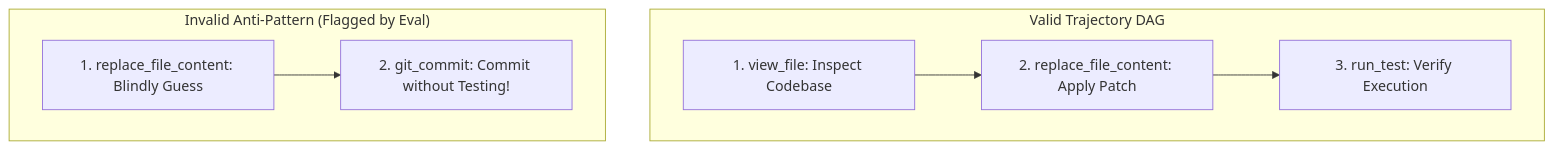
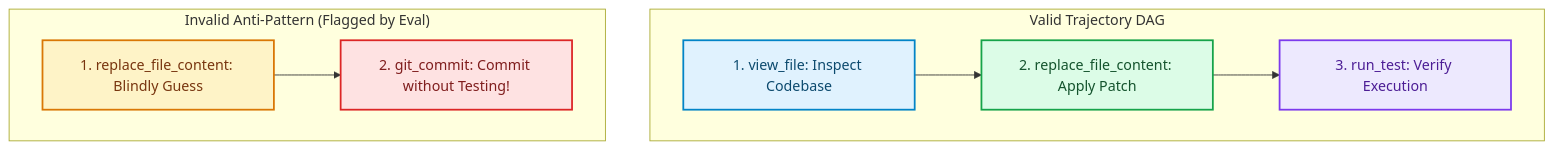
The second of 2 diagrams in blog/posts/agent-evaluation-crisis-ci-cd-evals-llm-as-a-judge.md (akmalkhaniub/akmalkhaniub.github.io), drawn with Mermaid before and after one commit. The commit also changed other lines of this file and 1291 other files, not shown here.

First line of the commit message:
feat(catalog): unique covers, scholarly references, and diagram palettes

````diff
--- a/blog/posts/agent-evaluation-crisis-ci-cd-evals-llm-as-a-judge.md
+++ b/blog/posts/agent-evaluation-crisis-ci-cd-evals-llm-as-a-judge.md
@@ -69,11 +80,22 @@
 ```mermaid
 flowchart TD
   subgraph SG2_ValidTrajectoryDag ["Valid Trajectory DAG"]
-    T1[1. view_file: Inspect Codebase] --> T2[2. replace_file_content: Apply Patch]
-    T2 --> T3[3. run_test: Verify Execution]
+    T1["1. view_file: Inspect Codebase"] --> T2["2. replace_file_content: Apply Patch"]
+    T2 --> T3["3. run_test: Verify Execution"]
   end
   
   subgraph SG3_InvalidAntiPattern ["Invalid Anti-Pattern (Flagged by Eval)"]
-    A1[1. replace_file_content: Blindly Guess] --> A2[2. git_commit: Commit without Testing!]
+    A1["1. replace_file_content: Blindly Guess"] --> A2["2. git_commit: Commit without Testing!"]
   end
+
+classDef green fill:#dcfce7,stroke:#16a34a,stroke-width:2px,color:#14532d;
+classDef red fill:#fee2e2,stroke:#dc2626,stroke-width:2px,color:#7f1d1d;
+classDef blue fill:#e0f2fe,stroke:#0284c7,stroke-width:2px,color:#0c4a6e;
+classDef yellow fill:#fef3c7,stroke:#d97706,stroke-width:2px,color:#78350f;
+classDef purple fill:#ede9fe,stroke:#7c3aed,stroke-width:2px,color:#4c1d95;
+class T1 blue
+class T2 green
+class T3 purple
+class A1 yellow
+class A2 red
 ```
````
